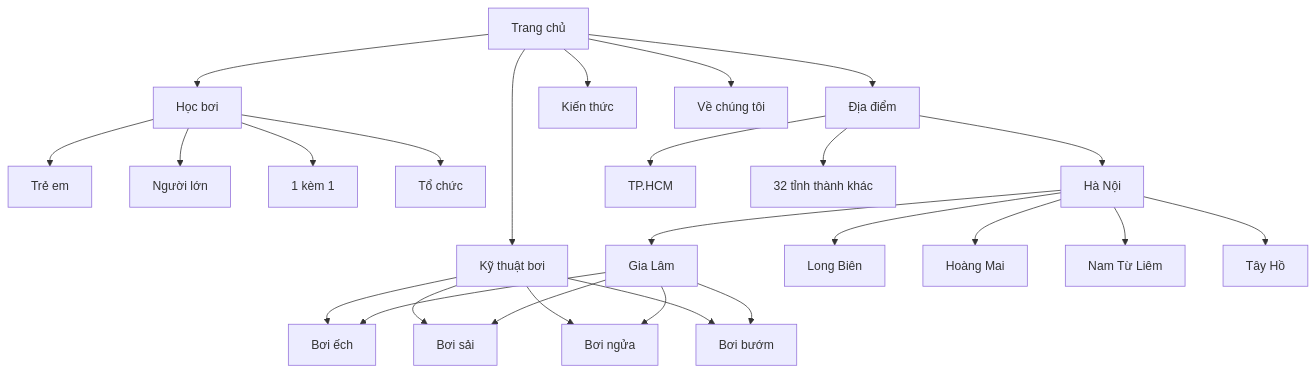
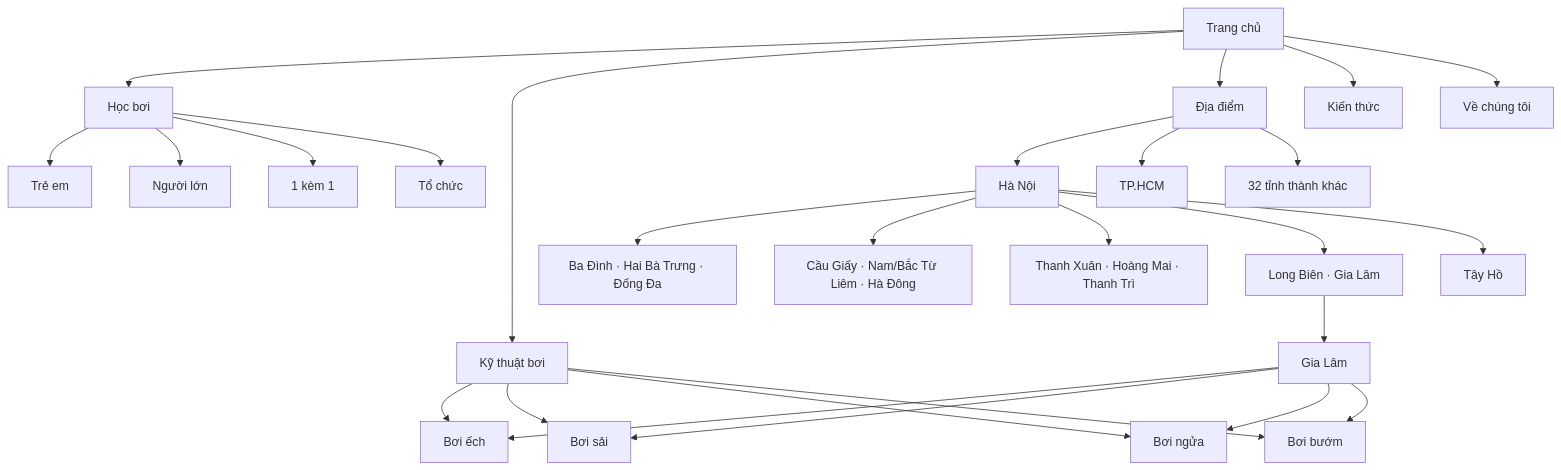
Before and after one commit to huymanhmmo/dayboivip: the diagram in dayboi-web/docs/seo-site-architecture.md, drawn with Mermaid. The commit also changed other lines of this file and 4 other files, not shown here.

````diff
--- a/dayboi-web/docs/seo-site-architecture.md
+++ b/dayboi-web/docs/seo-site-architecture.md
@@ -61,32 +69,33 @@
 ```mermaid
 graph TD
     HOME[Trang chủ] --> COURSES[Học bơi]
     HOME --> TECH[Kỹ thuật bơi]
     HOME --> LOCATIONS[Địa điểm]
     HOME --> CONTENT[Kiến thức]
     HOME --> ABOUT[Về chúng tôi]
 
     COURSES --> KIDS[Trẻ em]
     COURSES --> ADULTS[Người lớn]
     COURSES --> PRIVATE[1 kèm 1]
     COURSES --> ORG[Tổ chức]
 
     TECH --> BREAST[Bơi ếch]
     TECH --> CRAWL[Bơi sải]
     TECH --> BACK[Bơi ngửa]
     TECH --> FLY[Bơi bướm]
 
     LOCATIONS --> HANOI[Hà Nội]
     LOCATIONS --> HCM[TP.HCM]
     LOCATIONS --> PROVINCES[32 tỉnh thành khác]
-    HANOI --> GIALAM[Gia Lâm]
-    HANOI --> LONGBIEN[Long Biên]
-    HANOI --> HOANGMAI[Hoàng Mai]
-    HANOI --> NAMTULIEM[Nam Từ Liêm]
-    HANOI --> TAYHO[Tây Hồ]
+    HANOI --> CENTRAL[Ba Đình · Hai Bà Trưng · Đống Đa]
+    HANOI --> WEST[Cầu Giấy · Nam/Bắc Từ Liêm · Hà Đông]
+    HANOI --> SOUTH[Thanh Xuân · Hoàng Mai · Thanh Trì]
+    HANOI --> EAST[Long Biên · Gia Lâm]
+    HANOI --> NORTH[Tây Hồ]
 
+    EAST --> GIALAM[Gia Lâm]
     GIALAM --> BREAST
     GIALAM --> CRAWL
     GIALAM --> BACK
     GIALAM --> FLY
 ```
````
